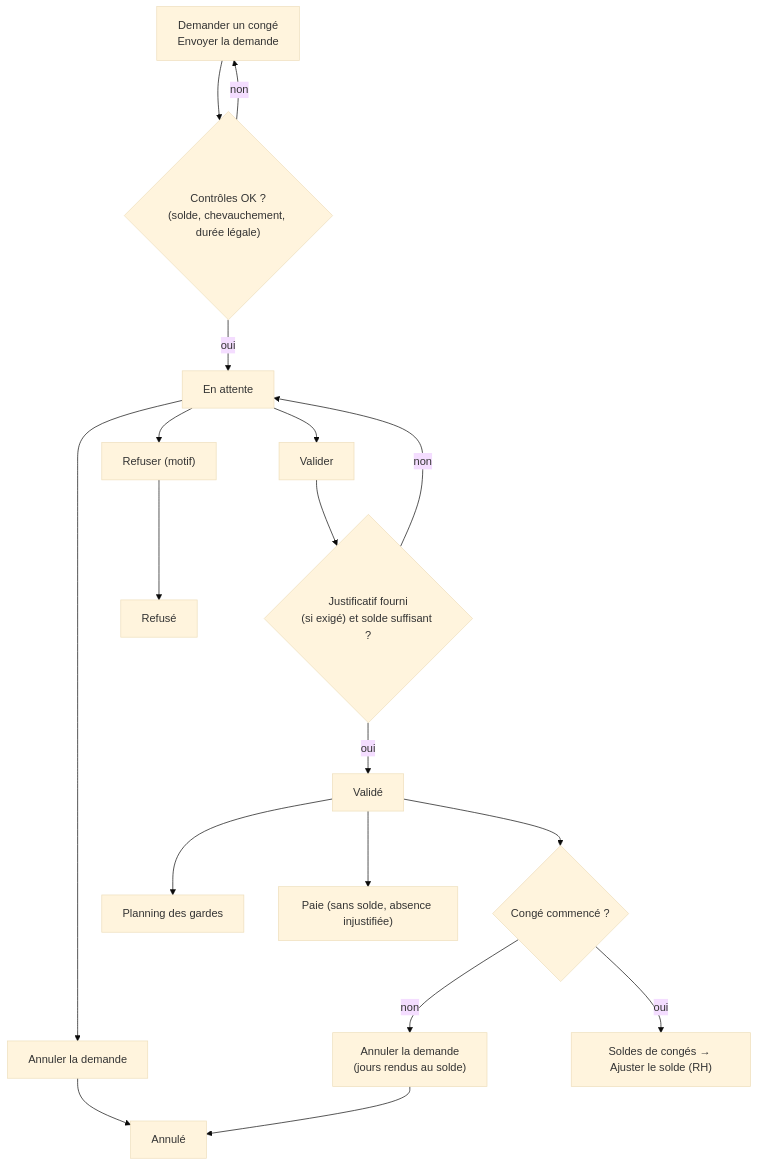
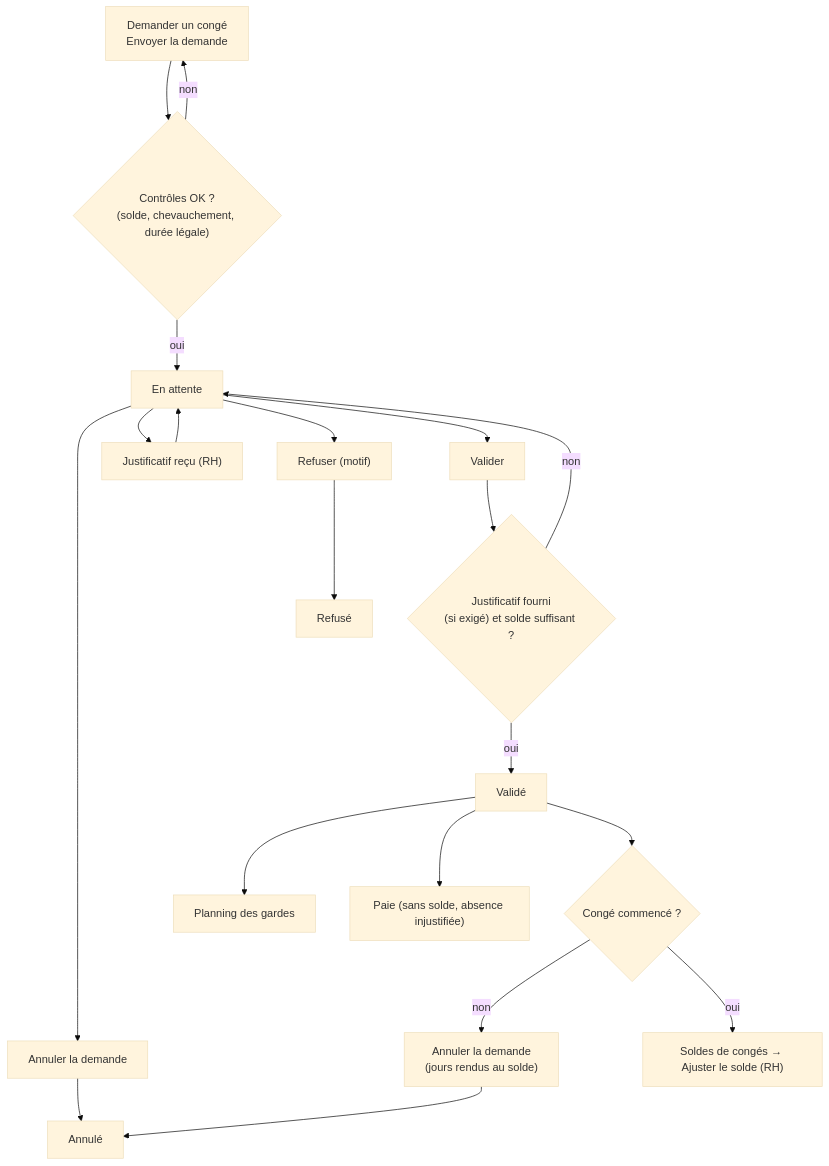
One commit to J4dJad/MarocLis changed the fifth of 8 diagrams in docs/manuel/09-ressources-humaines.md. Above: the diagram before and after it, drawn with Mermaid (base theme). The commit also changed other lines of this file and 11 other files, not shown here.

````diff
--- a/docs/manuel/09-ressources-humaines.md
+++ b/docs/manuel/09-ressources-humaines.md
@@ -532,17 +544,18 @@
 ```mermaid
 flowchart TD
   D["Demander un congé<br/>Envoyer la demande"] --> C{"Contrôles OK ?<br/>(solde, chevauchement, durée légale)"}
   C -->|non| D
   C -->|oui| P["En attente"]
   P --> V["Valider"]
+  P --> JR["Justificatif reçu (RH)"] --> P
   V --> J{"Justificatif fourni<br/>(si exigé) et solde suffisant ?"}
   J -->|non| P
   J -->|oui| OK["Validé"]
   P --> R["Refuser (motif)"] --> RF["Refusé"]
   P --> AN["Annuler la demande"] --> X["Annulé"]
   OK --> Q{"Congé commencé ?"}
   Q -->|non| AN2["Annuler la demande<br/>(jours rendus au solde)"] --> X
   Q -->|oui| AJ["Soldes de congés → Ajuster le solde (RH)"]
   OK --> PL["Planning des gardes"]
   OK --> PA["Paie (sans solde, absence injustifiée)"]
 ```
````
